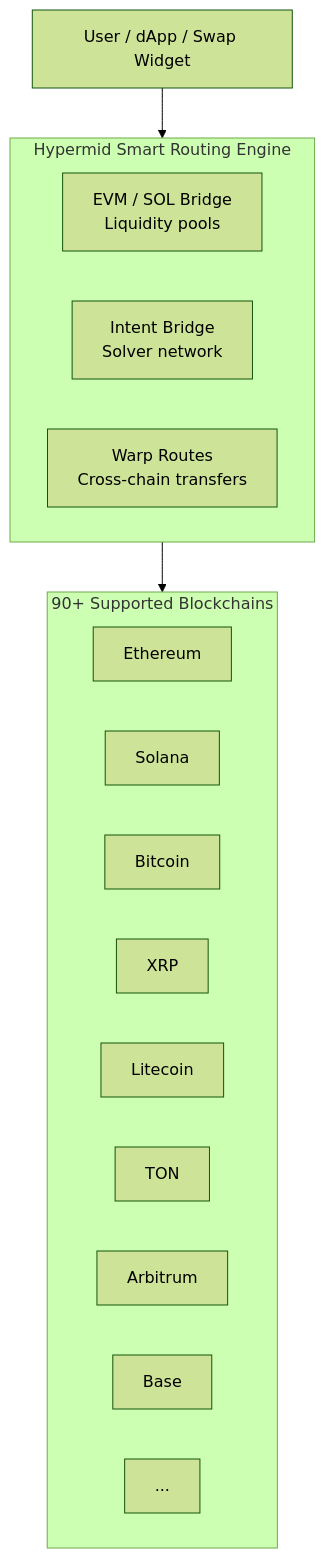
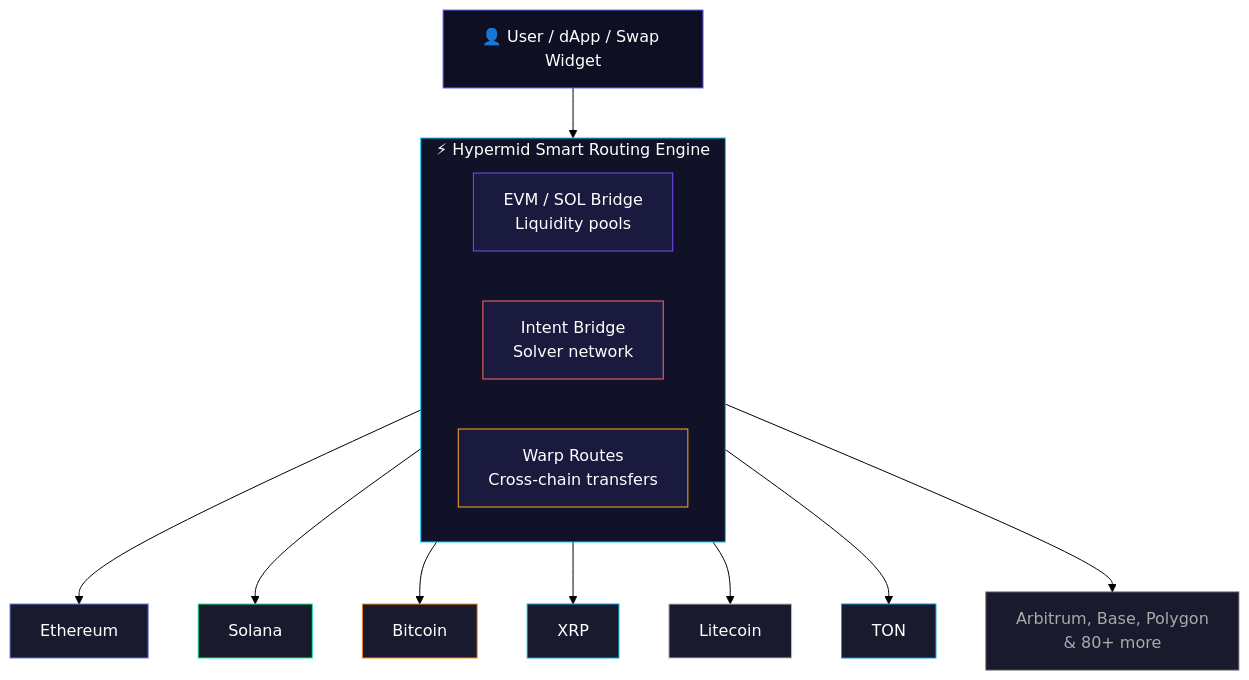
One commit to Hypermid/hypermid-docs changed the second of 2 diagrams in guides/cross-chain-swap.mdx. Above: the diagram before and after it, drawn with Mermaid (forest theme).

Commit message:
style: add official Hypermid logos and favicon

````diff
--- a/guides/cross-chain-swap.mdx
+++ b/guides/cross-chain-swap.mdx
@@ -46,27 +46,32 @@
 ```mermaid
 flowchart TD
-    U[User / dApp / Swap Widget]
-    U --> R
+    U["👤 User / dApp / Swap Widget"] --> R
  
-    subgraph R[Hypermid Smart Routing Engine]
+    subgraph R["⚡ Hypermid Smart Routing Engine"]
         direction LR
-        B1[EVM / SOL Bridge\nLiquidity pools]
-        B2[Intent Bridge\nSolver network]
-        B3[Warp Routes\nCross-chain transfers]
+        B1["EVM / SOL Bridge\nLiquidity pools"]
+        B2["Intent Bridge\nSolver network"]
+        B3["Warp Routes\nCross-chain transfers"]
     end
  
-    R --> C
+    R --> C1["Ethereum"]
+    R --> C2["Solana"]
+    R --> C3["Bitcoin"]
+    R --> C4["XRP"]
+    R --> C5["Litecoin"]
+    R --> C6["TON"]
+    R --> C7["Arbitrum, Base, Polygon\n& 80+ more"]
  
-    subgraph C[90+ Supported Blockchains]
-        direction LR
-        C1[Ethereum]
-        C2[Solana]
-        C3[Bitcoin]
-        C4[XRP]
-        C5[Litecoin]
-        C6[TON]
-        C7[Arbitrum]
-        C8[Base]
-        C9[...]
-    end
+    style U fill:#0f0f23,stroke:#6c63ff,color:#fff
+    style R fill:#111128,stroke:#00d2ff,color:#fff
+    style B1 fill:#1a1a3e,stroke:#7c4dff,color:#fff
+    style B2 fill:#1a1a3e,stroke:#ff6b6b,color:#fff
+    style B3 fill:#1a1a3e,stroke:#ffa726,color:#fff
+    style C1 fill:#1a1a2e,stroke:#627eea,color:#fff
+    style C2 fill:#1a1a2e,stroke:#14f195,color:#fff
+    style C3 fill:#1a1a2e,stroke:#f7931a,color:#fff
+    style C4 fill:#1a1a2e,stroke:#00aae4,color:#fff
+    style C5 fill:#1a1a2e,stroke:#bfbbbb,color:#fff
+    style C6 fill:#1a1a2e,stroke:#0098ea,color:#fff
+    style C7 fill:#1a1a2e,stroke:#555,color:#aaa
 ```
````
